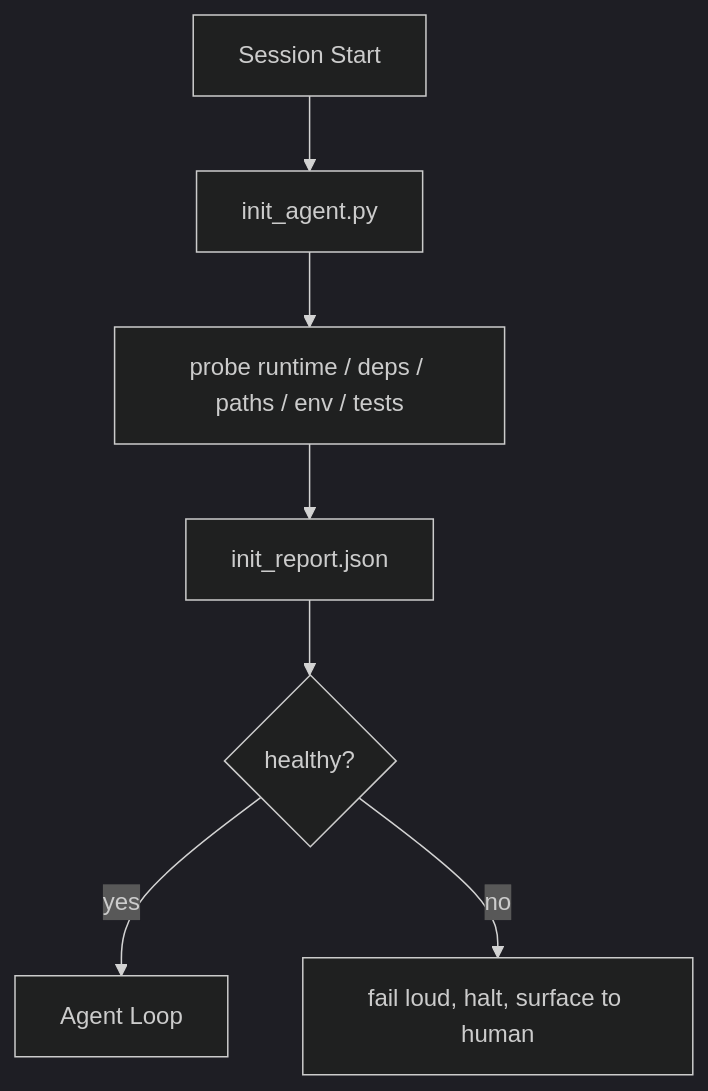
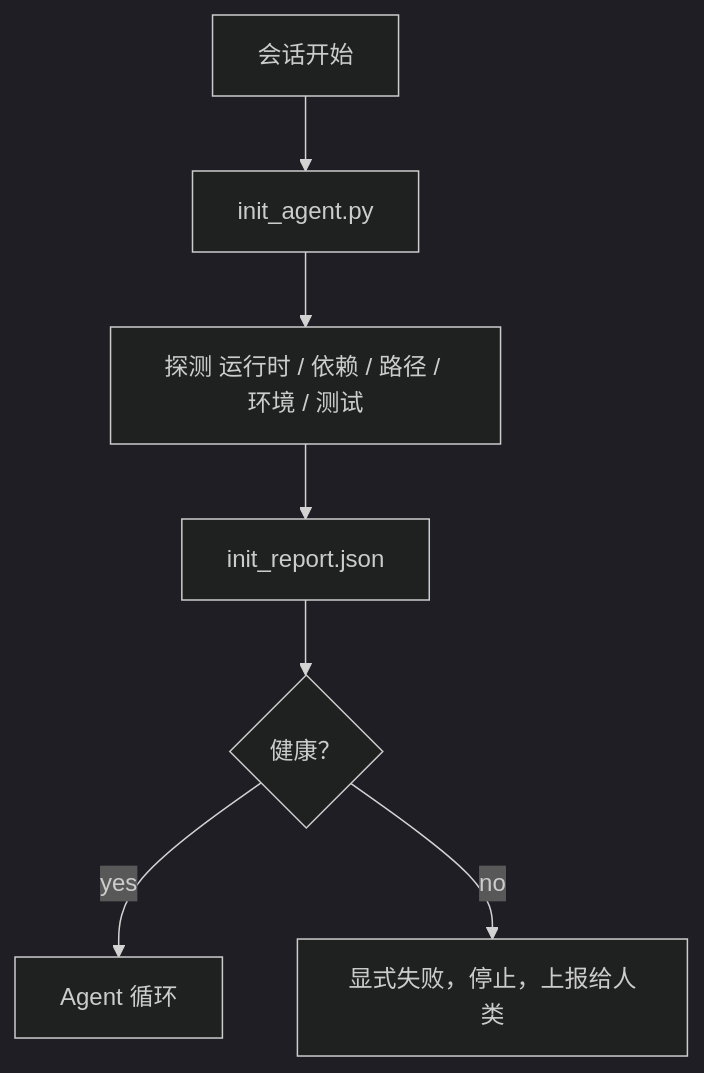
Before and after one commit to JerryC8080/ai-engineering-from-scratch-zh: the diagram in phases/14-agent-engineering/35-initialization-scripts/docs/zh.md, drawn with Mermaid (dark theme). The commit also changed 156 other files, not shown here.

First line of the commit message:
i18n(zh): translate mermaid diagram labels in 157 lesson zh.md

````diff
--- a/phases/14-agent-engineering/35-initialization-scripts/docs/zh.md
+++ b/phases/14-agent-engineering/35-initialization-scripts/docs/zh.md
@@ -27,9 +27,9 @@
 ```mermaid
 flowchart TD
-  Start[Session Start] --> Init[init_agent.py]
-  Init --> Probes[probe runtime / deps / paths / env / tests]
+  Start[会话开始] --> Init[init_agent.py]
+  Init --> Probes[探测 运行时 / 依赖 / 路径 / 环境 / 测试]
   Probes --> Report[init_report.json]
-  Report --> Decision{healthy?}
-  Decision -- yes --> Agent[Agent Loop]
-  Decision -- no --> Halt[fail loud, halt, surface to human]
+  Report --> Decision{健康？}
+  Decision -- yes --> Agent[Agent 循环]
+  Decision -- no --> Halt[显式失败，停止，上报给人类]
 ```
````
